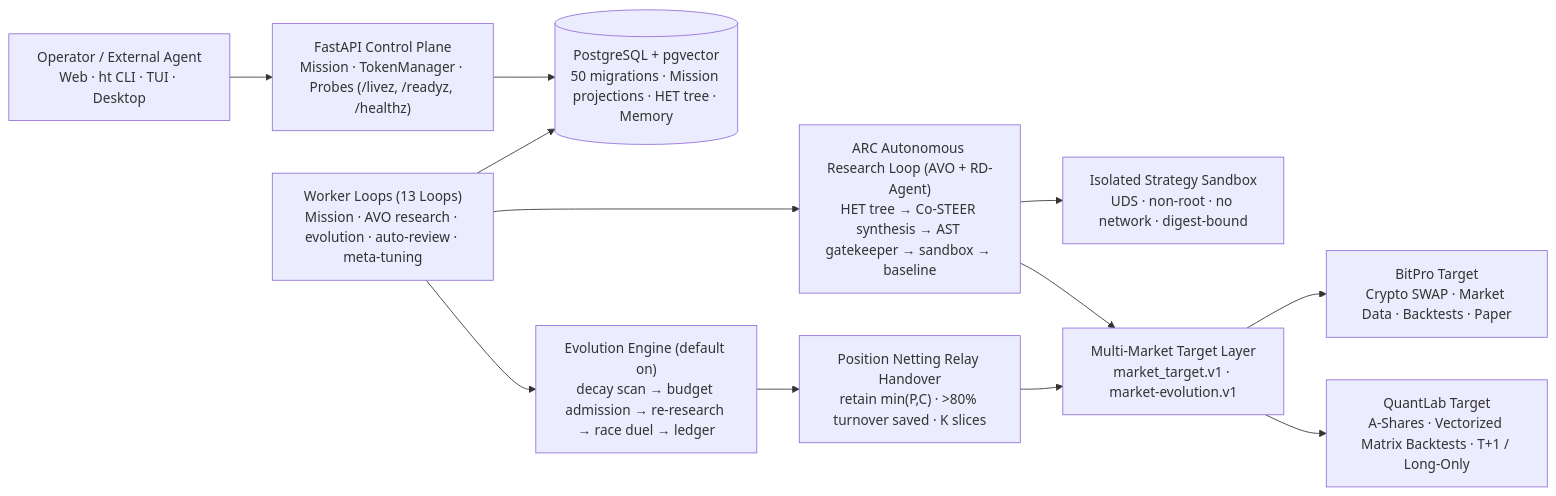
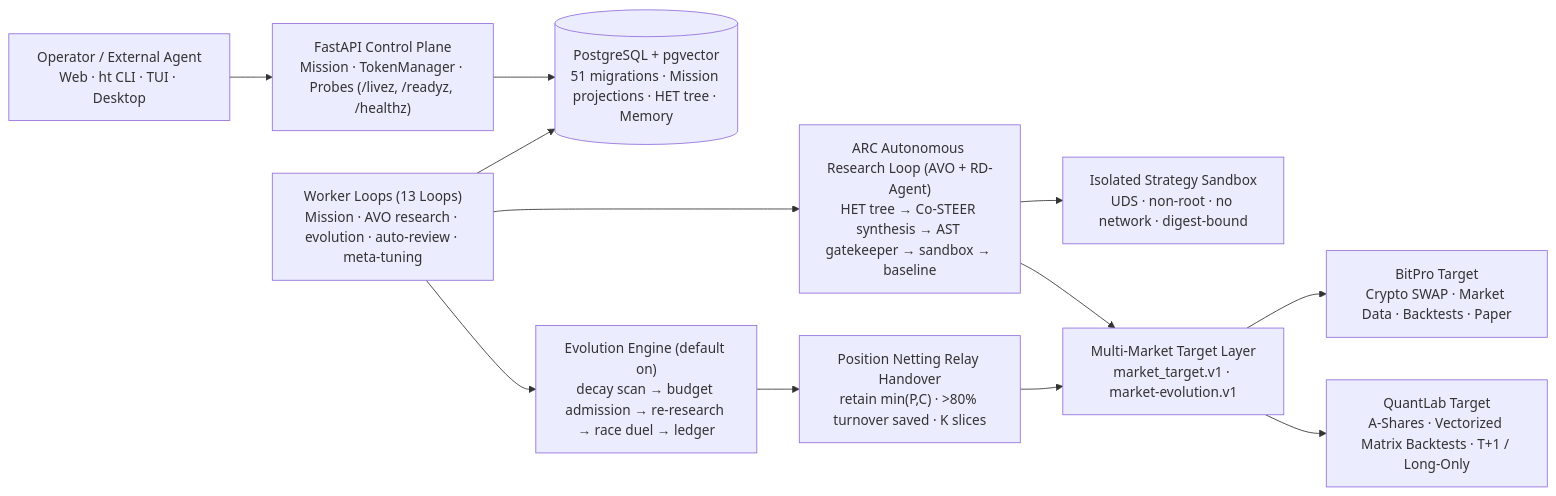
Before and after one commit to Shadowell/HyperTrade: the first of 2 diagrams in README.en.md, drawn with Mermaid. The commit also changed other lines of this file and 7 other files, not shown here.

````diff
--- a/README.en.md
+++ b/README.en.md
@@ -55,14 +55,14 @@
 ```mermaid
 flowchart LR
   Op["Operator / External Agent<br/>Web · ht CLI · TUI · Desktop"] --> API["FastAPI Control Plane<br/>Mission · TokenManager · Probes (/livez, /readyz, /healthz)"]
-  API --> DB[("PostgreSQL + pgvector<br/>50 migrations · Mission projections · HET tree · Memory")]
+  API --> DB[("PostgreSQL + pgvector<br/>51 migrations · Mission projections · HET tree · Memory")]
   Worker["Worker Loops (13 Loops)<br/>Mission · AVO research · evolution · auto-review · meta-tuning"] --> DB
   Worker --> Research["ARC Autonomous Research Loop (AVO + RD-Agent)<br/>HET tree → Co-STEER synthesis → AST gatekeeper → sandbox → baseline"]
   Worker --> Evolution["Evolution Engine (default on)<br/>decay scan → budget admission → re-research → race duel → ledger"]
   Research --> Sandbox["Isolated Strategy Sandbox<br/>UDS · non-root · no network · digest-bound"]
   Research --> Targets["Multi-Market Target Layer<br/>market_target.v1 · market-evolution.v1"]
   Evolution --> Relay["Position Netting Relay Handover<br/>retain min(P,C) · >80% turnover saved · K slices"]
   Relay --> Targets
   Targets --> BitPro["BitPro Target<br/>Crypto SWAP · Market Data · Backtests · Paper"]
   Targets --> QuantLab["QuantLab Target<br/>A-Shares · Vectorized Matrix Backtests · T+1 / Long-Only"]
 ```
````
